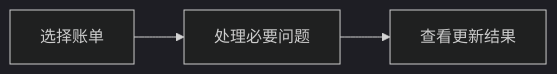
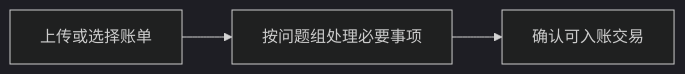
The second of 2 diagrams in docs/个人财务用户需求.md (gaohongxiang/catledger), drawn with Mermaid (dark theme) before and after one commit. The commit also changed other lines of this file and 9 other files, not shown here.

```diff
--- a/docs/个人财务用户需求.md
+++ b/docs/个人财务用户需求.md
@@ -172,4 +172,4 @@
 ~~~mermaid
 flowchart LR
-    A[选择账单] --> B[处理必要问题] --> C[查看更新结果]
+    A[上传或选择账单] --> B[按问题组处理必要事项] --> C[确认可入账交易]
 ~~~
```
